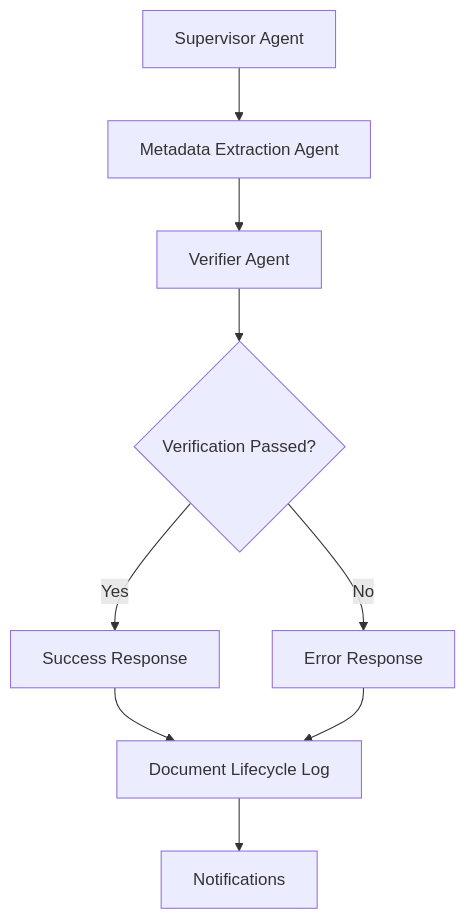
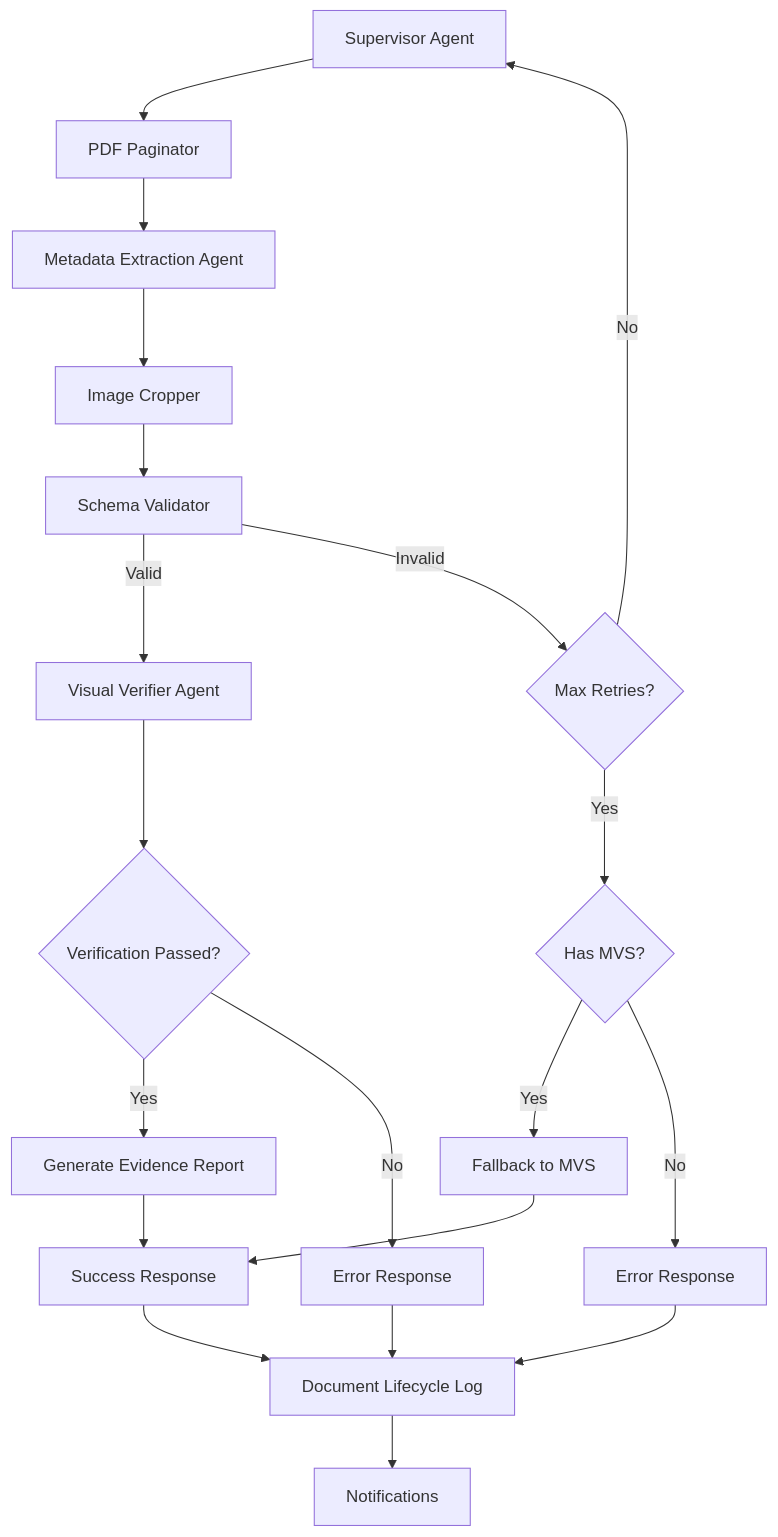
One commit to mpbrigham/materials-archive-extraction changed the diagram in V1_Linear_Flow/README.md. Above: the diagram before and after it, drawn with Mermaid. The commit also changed other lines of this file and 49 other files, not shown here.

````diff
--- a/V1_Linear_Flow/README.md
+++ b/V1_Linear_Flow/README.md
@@ -11,11 +11,22 @@
 ```mermaid
 flowchart TD
-    A[Supervisor Agent] --> B[Metadata Extraction Agent]
-    B --> C[Verifier Agent]
-    C --> D{Verification Passed?}
-    D -->|Yes| E[Success Response]
-    D -->|No| F[Error Response]
-    E --> G[Document Lifecycle Log]
-    F --> G
-    G --> H[Notifications]
+    A[Supervisor Agent] --> B[PDF Paginator]
+    B --> C[Metadata Extraction Agent]
+    C --> D[Image Cropper]
+    D --> E[Schema Validator]
+    E -->|Valid| F[Visual Verifier Agent]
+    E -->|Invalid| G{Max Retries?}
+    G -->|No| A
+    G -->|Yes| H{Has MVS?}
+    H -->|Yes| I[Fallback to MVS]
+    H -->|No| J[Error Response]
+    F --> K{Verification Passed?}
+    K -->|Yes| L[Generate Evidence Report]
+    L --> M[Success Response]
+    K -->|No| N[Error Response]
+    I --> M
+    M --> O[Document Lifecycle Log]
+    J --> O
+    N --> O
+    O --> P[Notifications]
 ```
````
